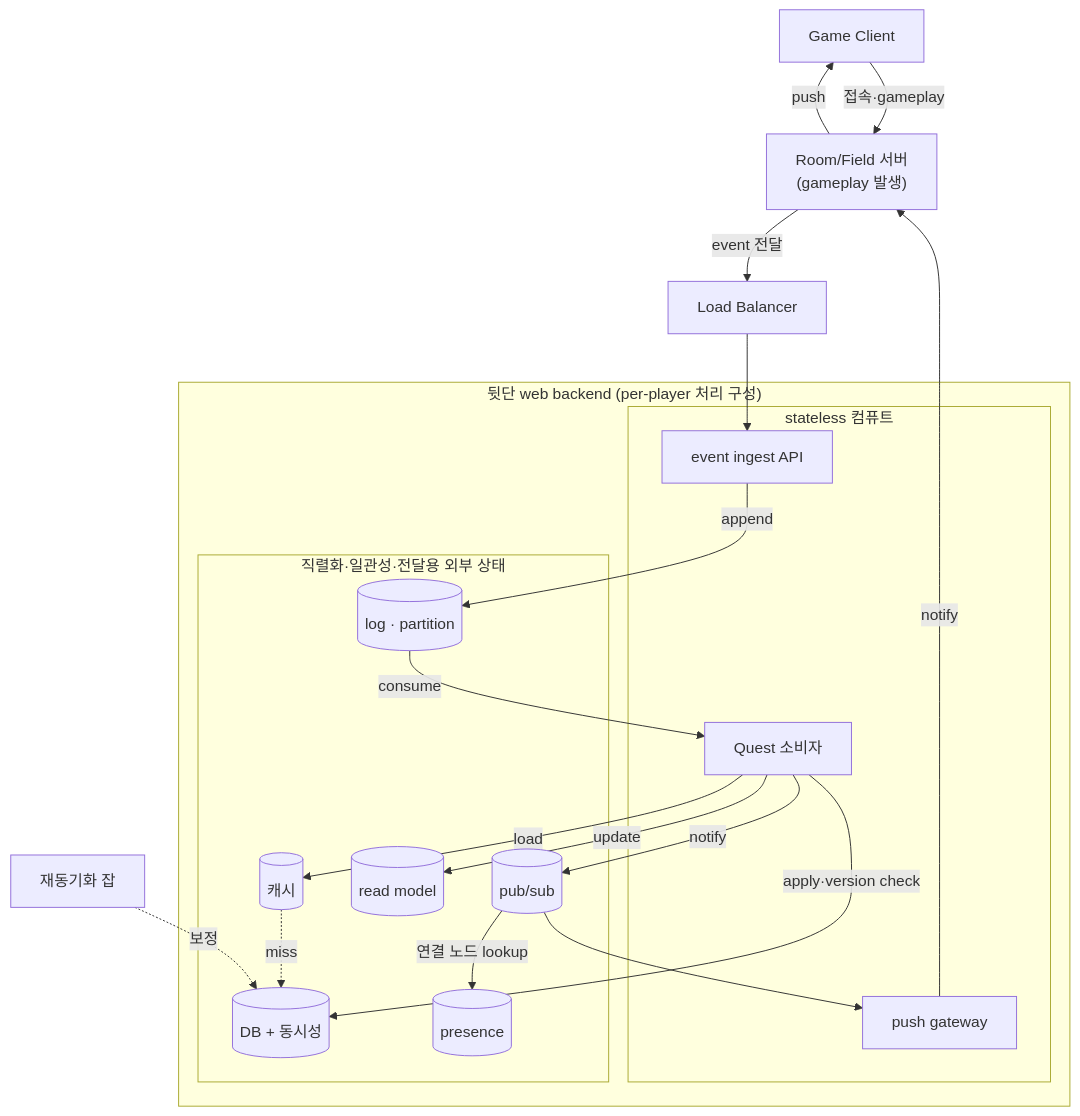
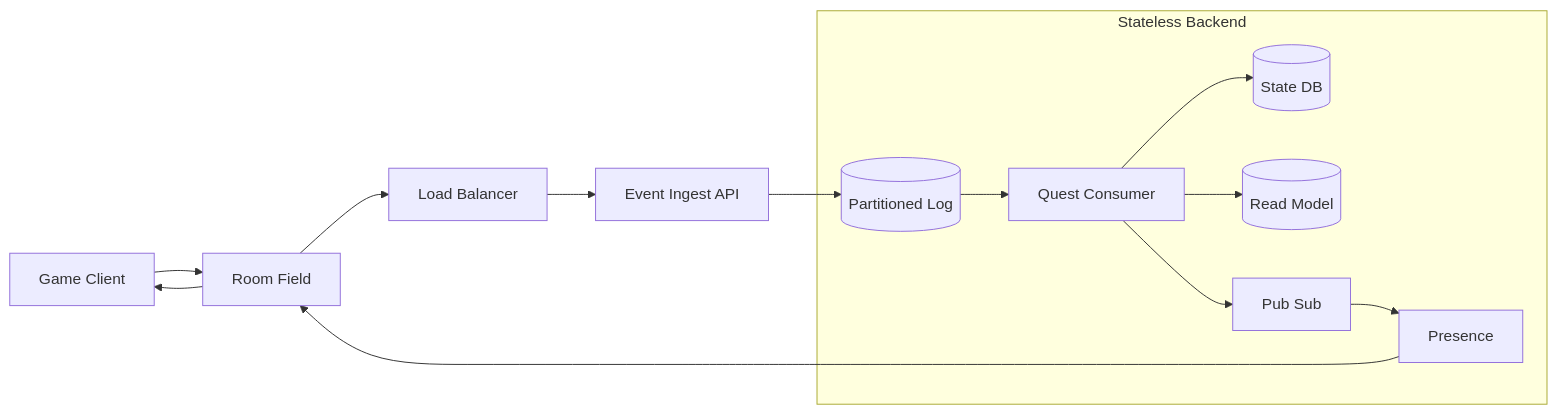
The first of 5 diagrams in framework/doc/framework/common/sample/event/gamequest.ko.md (kairos-code-dev/zlink), drawn with Mermaid before and after one commit. The commit also changed other lines of this file and 39 other files, not shown here.

````diff
--- a/framework/doc/framework/common/sample/event/gamequest.ko.md
+++ b/framework/doc/framework/common/sample/event/gamequest.ko.md
@@ -71,37 +59,22 @@
 ```mermaid
-graph TD
-    C[Game Client]
-    RF["Room/Field 서버<br/>(gameplay 발생)"]
-    LB[Load Balancer]
-    JOB[재동기화 잡]
-
-    subgraph BE["뒷단 web backend (per-player 처리 구성)"]
-        subgraph CP["stateless 컴퓨트"]
-            API["event ingest API"]
-            QC["Quest 소비자"]
-            PUSH["push gateway"]
-        end
-        subgraph ST["직렬화·일관성·전달용 외부 상태"]
-            LOG[("log · partition")]
-            DB[("DB + 동시성")]
-            CACHE[("캐시")]
-            RM[("read model")]
-            PS[("pub/sub")]
-            PRES[("presence")]
-        end
+flowchart LR
+    C[Game Client] --> RF[Room Field]
+    RF --> LB[Load Balancer]
+    LB --> API[Event Ingest API]
+    subgraph Backend[Stateless Backend]
+        LOG[(Partitioned Log)]
+        DB[(State DB)]
+        QC[Quest Consumer]
+        RM[(Read Model)]
+        PS[Pub Sub]
+        PR[Presence]
     end
-
-    C -->|접속·gameplay| RF
-    RF -->|event 전달| LB --> API
-    API -->|append| LOG
-    LOG -->|consume| QC
-    QC -->|load| CACHE
-    CACHE -.miss.-> DB
-    QC -->|apply·version check| DB
-    QC -->|update| RM
-    QC -->|notify| PS
-    PS -->|연결 노드 lookup| PRES
-    PS --> PUSH -->|notify| RF
-    RF -->|push| C
-    JOB -.보정.-> DB
+    API --> LOG
+    LOG --> QC
+    QC --> DB
+    QC --> RM
+    QC --> PS
+    PS --> PR
+    PR --> RF
+    RF --> C
 ```
````
